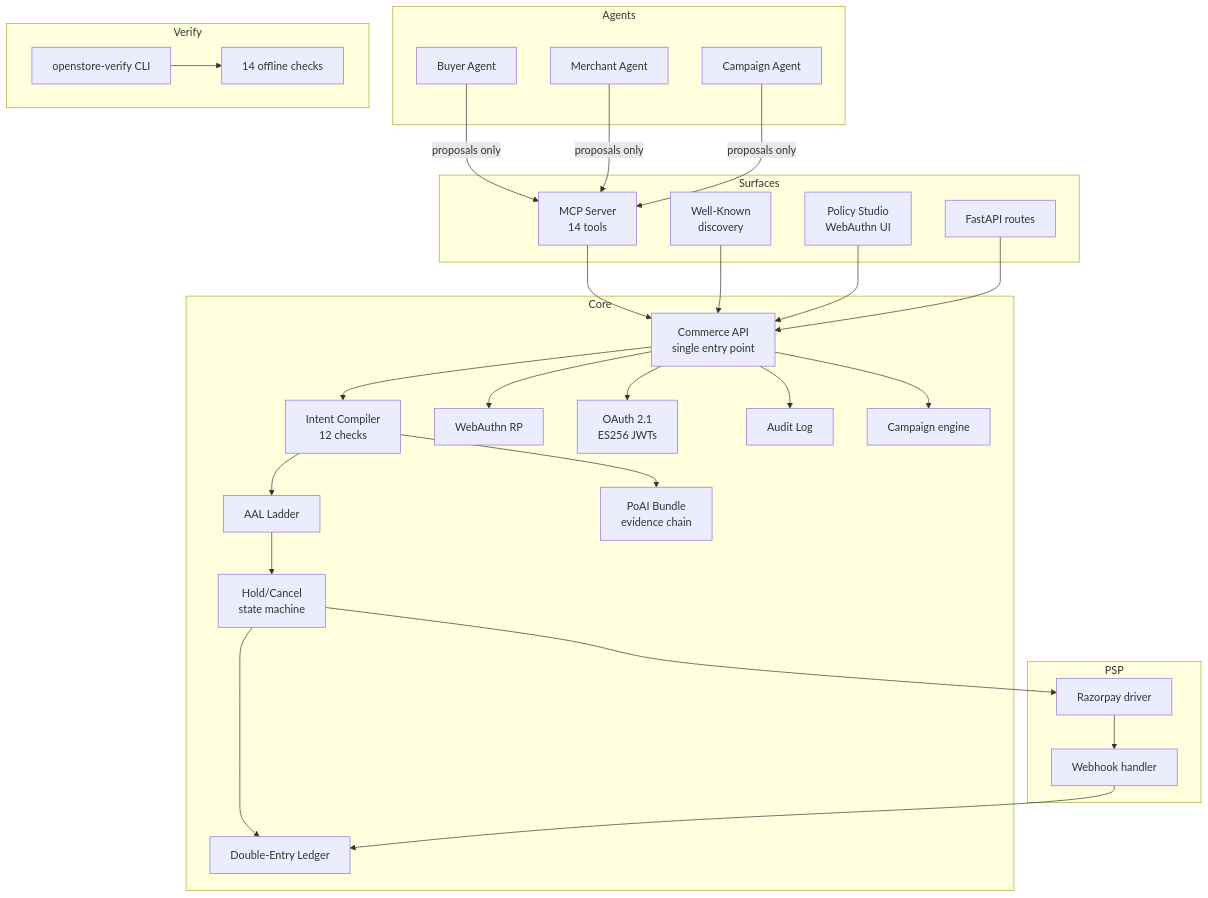
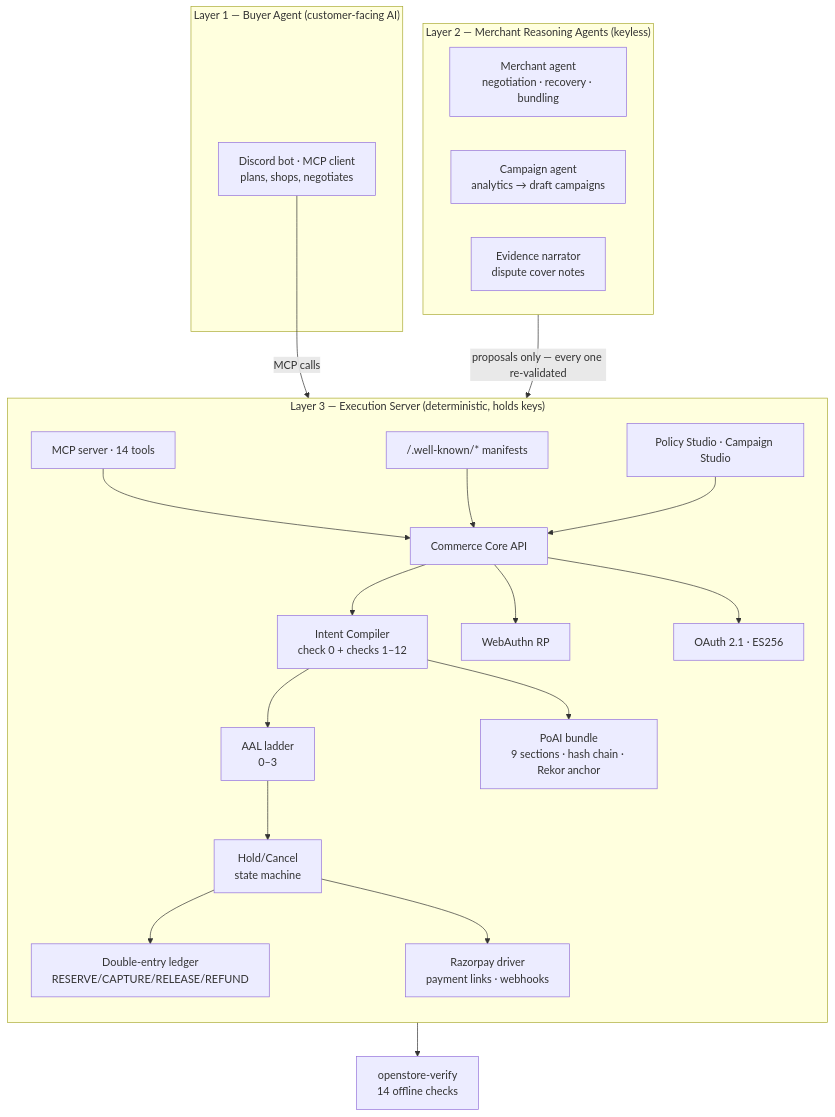
One commit to ApxllxCartxr/OpenStore changed the first of 2 diagrams in README.md. Above: the diagram before and after it, drawn with Mermaid. The commit also changed other lines of this file and 19 other files, not shown here.

Commit message:
chore: core money-path fixes (AAL0, exposure, cancel_token, confirm_checkout, mcp adapter call-sites)

````diff
--- a/README.md
+++ b/README.md
@@ -84,51 +68,31 @@
 ```mermaid
 flowchart TB
-    subgraph Surfaces
-        MCP[MCP Server<br/>14 tools]
-        WK[Well-Known<br/>discovery]
-        Studio[Policy Studio<br/>WebAuthn UI]
-        REST[FastAPI routes]
+    subgraph L1["Layer 1 — Buyer Agent (customer-facing AI)"]
+        Buyer["Discord bot · MCP client<br/>plans, shops, negotiates"]
     end
 
-    subgraph Core
-        API[Commerce API<br/>single entry point]
-        Compiler[Intent Compiler<br/>12 checks]
-        Ledger[Double-Entry Ledger]
-        AAL[AAL Ladder]
-        HC[Hold/Cancel<br/>state machine]
-        POAI[PoAI Bundle<br/>evidence chain]
-        WA[WebAuthn RP]
-        OAuth[OAuth 2.1<br/>ES256 JWTs]
-        Audit[Audit Log]
-        Campaigns[Campaign engine]
+    subgraph L2["Layer 2 — Merchant Reasoning Agents (keyless)"]
+        Merchant["Merchant agent<br/>negotiation · recovery · bundling"]
+        Campaign["Campaign agent<br/>analytics → draft campaigns"]
+        Narrator["Evidence narrator<br/>dispute cover notes"]
     end
 
-    subgraph PSP
-        RZ[Razorpay driver]
-        WH[Webhook handler]
+    subgraph L3["Layer 3 — Execution Server (deterministic, holds keys)"]
+        direction TB
+        MCP["MCP server · 14 tools"] --> API["Commerce Core API"]
+        WK["/.well-known/* manifests"] --> API
+        Studio["Policy Studio · Campaign Studio"] --> API
+        API --> Compiler["Intent Compiler<br/>check 0 + checks 1–12"]
+        Compiler --> AAL["AAL ladder<br/>0–3"]
+        AAL --> Hold["Hold/Cancel<br/>state machine"]
+        Hold --> Ledger["Double-entry ledger<br/>RESERVE/CAPTURE/RELEASE/REFUND"]
+        Hold --> RZ["Razorpay driver<br/>payment links · webhooks"]
+        Compiler --> POAI["PoAI bundle<br/>9 sections · hash chain · Rekor anchor"]
+        API --> WA["WebAuthn RP"]
+        API --> OAuth["OAuth 2.1 · ES256"]
     end
 
-    subgraph Agents
-        Buyer[Buyer Agent]
-        Merchant[Merchant Agent]
-        Campaign[Campaign Agent]
-    end
-
-    subgraph Verify
-        CLI[openstore-verify CLI]
-        Checks[14 offline checks]
-    end
-
-    MCP & WK & Studio & REST --> API
-    API --> Compiler --> AAL --> HC
-    HC --> Ledger
-    HC --> RZ
-    RZ --> WH --> Ledger
-    Compiler --> POAI
-    API --> WA
-    API --> OAuth
-    API --> Audit
-    API --> Campaigns
-    Buyer & Merchant & Campaign -->|proposals only| MCP
-    CLI --> Checks
+    Buyer -->|"MCP calls"| MCP
+    L2 -->|"proposals only — every one re-validated"| API
+    POAI --> Verify["openstore-verify<br/>14 offline checks"]
 ```
````
